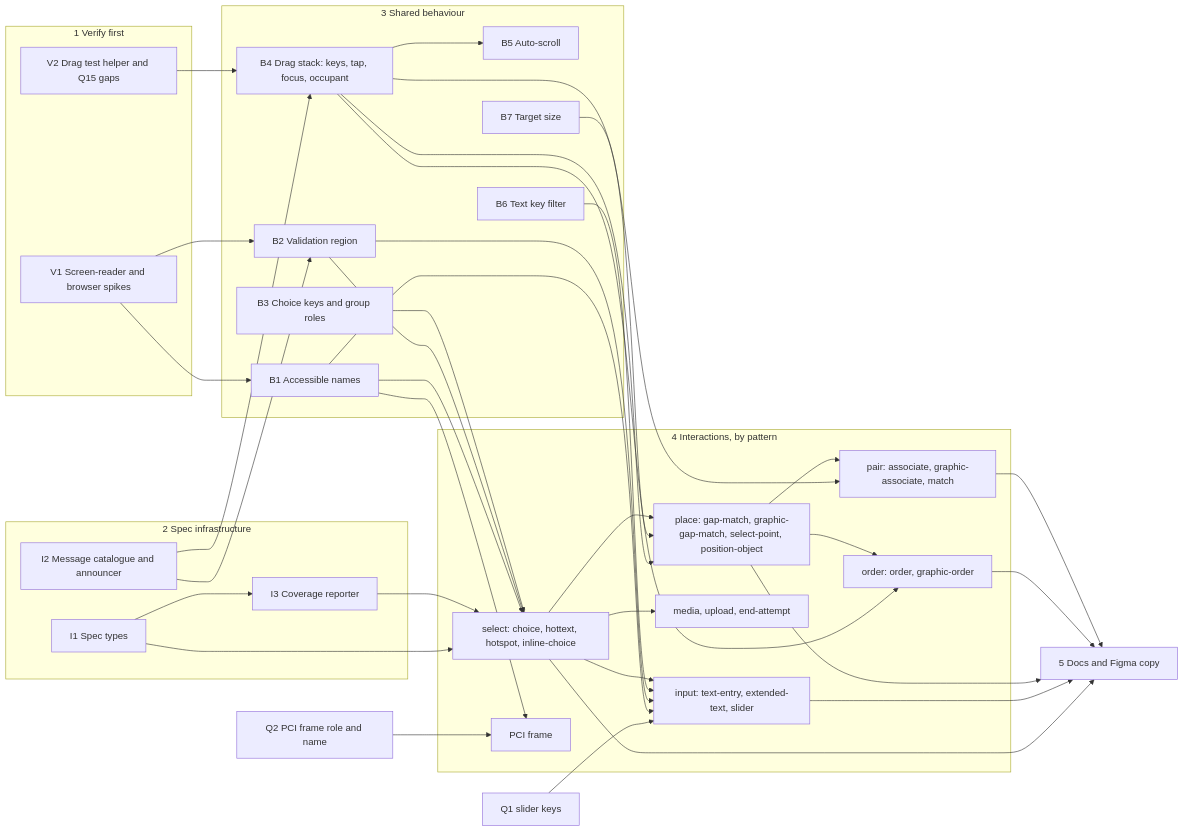
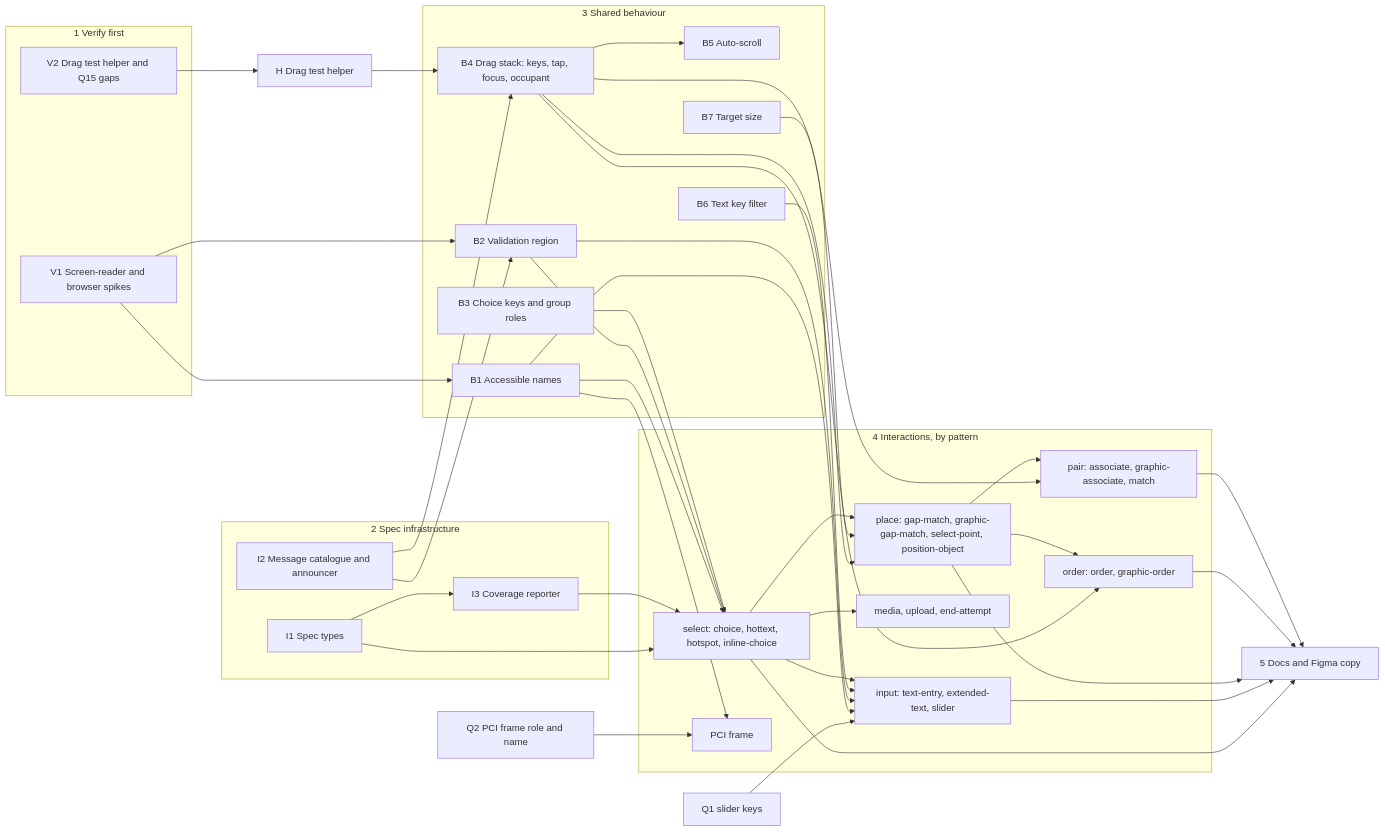
One commit to Citolab/qti-components changed the diagram in plans/roadmap-behaviour-spec.md. Above: the diagram before and after it, drawn with Mermaid. The commit also changed other lines of this file, not shown here.

Commit message:
docs(plan): spike results, gap and drag-helper decisions, step H for the drag test helper

````diff
--- a/plans/roadmap-behaviour-spec.md
+++ b/plans/roadmap-behaviour-spec.md
@@ -201,65 +201,66 @@
 ```mermaid
 flowchart LR
   subgraph V[1 Verify first]
     V1[V1 Screen-reader and browser spikes]
     V2[V2 Drag test helper and Q15 gaps]
   end
   subgraph I[2 Spec infrastructure]
     I1[I1 Spec types]
     I2[I2 Message catalogue and announcer]
     I3[I3 Coverage reporter]
   end
   subgraph B[3 Shared behaviour]
     B1[B1 Accessible names]
     B2[B2 Validation region]
     B3[B3 Choice keys and group roles]
     B4[B4 Drag stack: keys, tap, focus, occupant]
     B5[B5 Auto-scroll]
     B6[B6 Text key filter]
     B7[B7 Target size]
   end
   subgraph P[4 Interactions, by pattern]
     PS[select: choice, hottext, hotspot, inline-choice]
     PI[input: text-entry, extended-text, slider]
     PP[place: gap-match, graphic-gap-match, select-point, position-object]
     PO[order: order, graphic-order]
     PA[pair: associate, graphic-associate, match]
     PC[PCI frame]
     PX[media, upload, end-attempt]
   end
   D[5 Docs and Figma copy]
 
   Q1[Q1 slider keys] --> PI
   Q2[Q2 PCI frame role and name] --> PC
 
   V1 --> B1
   V1 --> B2
-  V2 --> B4
+  V2 --> H[H Drag test helper]
+  H --> B4
   I1 --> I3
   I1 --> PS
   I2 --> B2
   I2 --> B4
   I3 --> PS
   B1 --> PS
   B2 --> PS
   B3 --> PS
   B1 --> PI
   B2 --> PI
   B6 --> PI
   B4 --> PP
   B4 --> PO
   B4 --> PA
   B4 --> B5
   B1 --> PC
   B7 --> PP
   PS --> PI
   PS --> PP
   PP --> PO
   PP --> PA
   PS --> PX
   PS --> D
   PI --> D
   PP --> D
   PO --> D
   PA --> D
 ```
````
